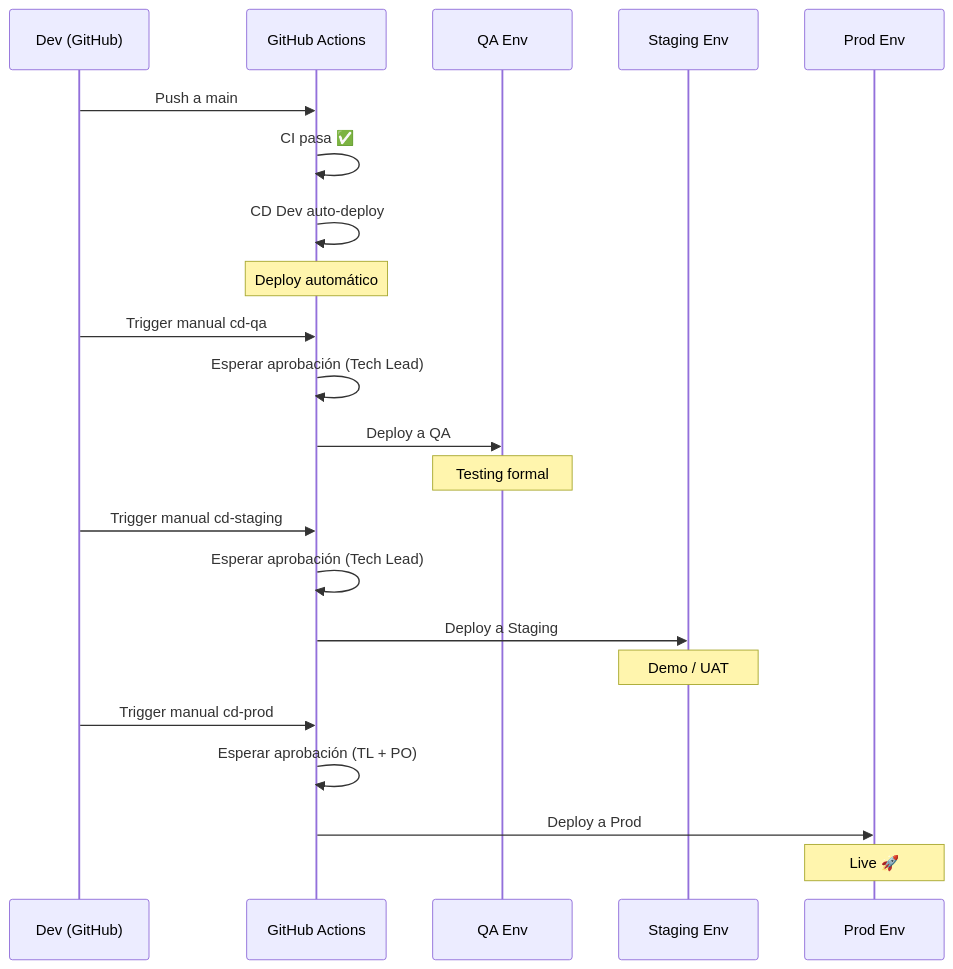
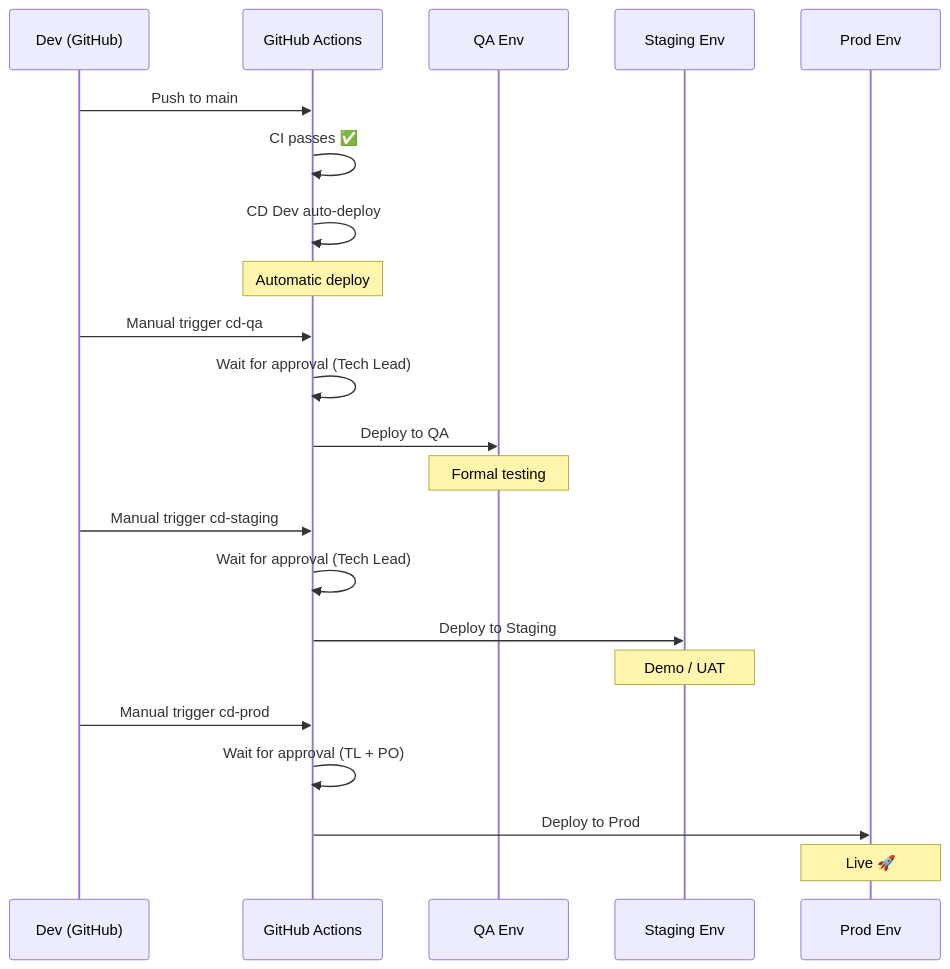
The diagram in docs/roadmap/F00 - Development Environment and Structure/F00 - W06 - CD Deployment Pipelines Configuration.md (pablonux/legal-ai-ar), drawn with Mermaid before and after one commit. The commit also changed other lines of this file and 8 other files, not shown here.

````diff
--- a/docs/roadmap/F00 - Development Environment and Structure/F00 - W06 - CD Deployment Pipelines Configuration.md
+++ b/docs/roadmap/F00 - Development Environment and Structure/F00 - W06 - CD Deployment Pipelines Configuration.md
@@ -140,28 +140,28 @@
 ```mermaid
 sequenceDiagram
     participant DEV as Dev (GitHub)
     participant GH as GitHub Actions
     participant QA_ENV as QA Env
     participant STG_ENV as Staging Env
     participant PROD_ENV as Prod Env
 
-    DEV->>GH: Push a main
-    GH->>GH: CI pasa ✅
+    DEV->>GH: Push to main
+    GH->>GH: CI passes ✅
     GH->>GH: CD Dev auto-deploy
-    Note over GH: Deploy automático
+    Note over GH: Automatic deploy
 
-    DEV->>GH: Trigger manual cd-qa
-    GH->>GH: Esperar aprobación (Tech Lead)
-    GH->>QA_ENV: Deploy a QA
-    Note over QA_ENV: Testing formal
+    DEV->>GH: Manual trigger cd-qa
+    GH->>GH: Wait for approval (Tech Lead)
+    GH->>QA_ENV: Deploy to QA
+    Note over QA_ENV: Formal testing
 
-    DEV->>GH: Trigger manual cd-staging
-    GH->>GH: Esperar aprobación (Tech Lead)
-    GH->>STG_ENV: Deploy a Staging
+    DEV->>GH: Manual trigger cd-staging
+    GH->>GH: Wait for approval (Tech Lead)
+    GH->>STG_ENV: Deploy to Staging
     Note over STG_ENV: Demo / UAT
 
-    DEV->>GH: Trigger manual cd-prod
-    GH->>GH: Esperar aprobación (TL + PO)
-    GH->>PROD_ENV: Deploy a Prod
+    DEV->>GH: Manual trigger cd-prod
+    GH->>GH: Wait for approval (TL + PO)
+    GH->>PROD_ENV: Deploy to Prod
     Note over PROD_ENV: Live 🚀
 ```
````
